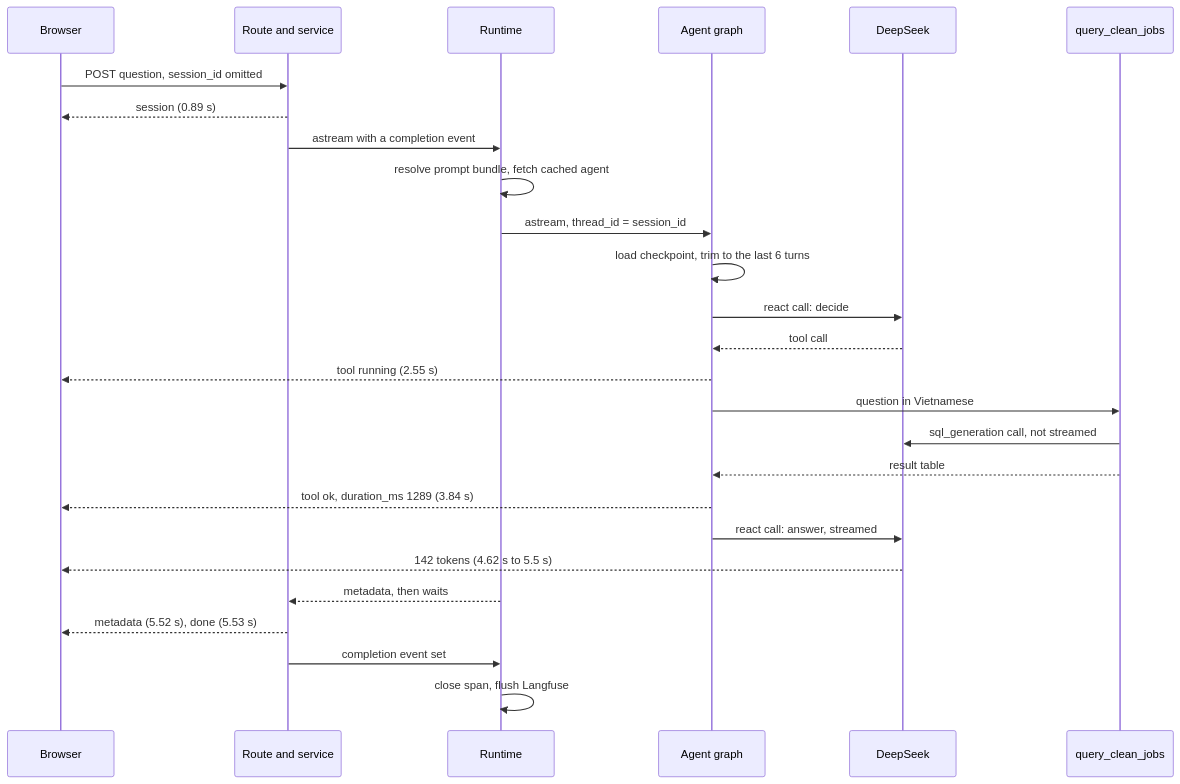
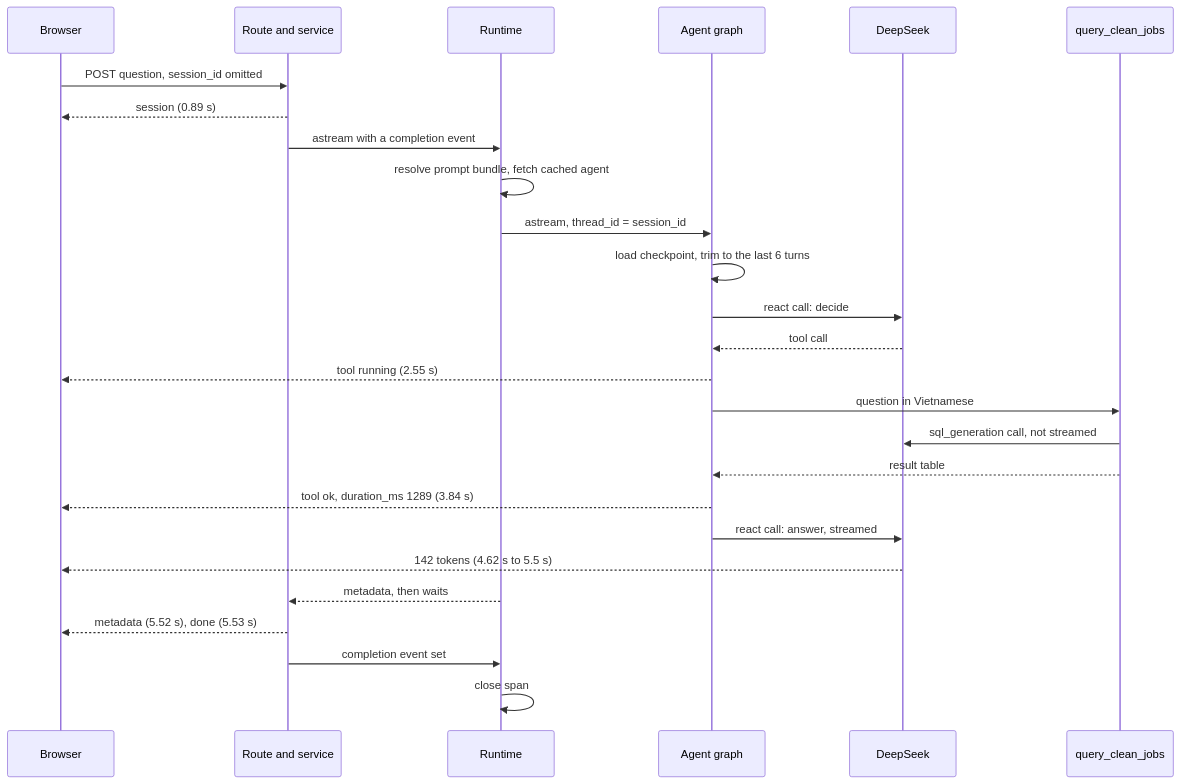
The second of 3 diagrams in docs/modules/runtime.md (Park-Hip/InternHunterAgent), drawn with Mermaid before and after one commit. The commit also changed other lines of this file and 10 other files, not shown here.

````diff
--- a/docs/modules/runtime.md
+++ b/docs/modules/runtime.md
@@ -88,28 +88,28 @@
 ```mermaid
 sequenceDiagram
     participant B as Browser
     participant S as Route and service
     participant RT as Runtime
     participant G as Agent graph
     participant DS as DeepSeek
     participant T as query_clean_jobs
     B->>S: POST question, session_id omitted
     S-->>B: session (0.89 s)
     S->>RT: astream with a completion event
     RT->>RT: resolve prompt bundle, fetch cached agent
     RT->>G: astream, thread_id = session_id
     G->>G: load checkpoint, trim to the last 6 turns
     G->>DS: react call: decide
     DS-->>G: tool call
     G-->>B: tool running (2.55 s)
     G->>T: question in Vietnamese
     T->>DS: sql_generation call, not streamed
     T-->>G: result table
     G-->>B: tool ok, duration_ms 1289 (3.84 s)
     G->>DS: react call: answer, streamed
     DS-->>B: 142 tokens (4.62 s to 5.5 s)
     RT-->>S: metadata, then waits
     S-->>B: metadata (5.52 s), done (5.53 s)
     S->>RT: completion event set
-    RT->>RT: close span, flush Langfuse
+    RT->>RT: close span
 ```
````
